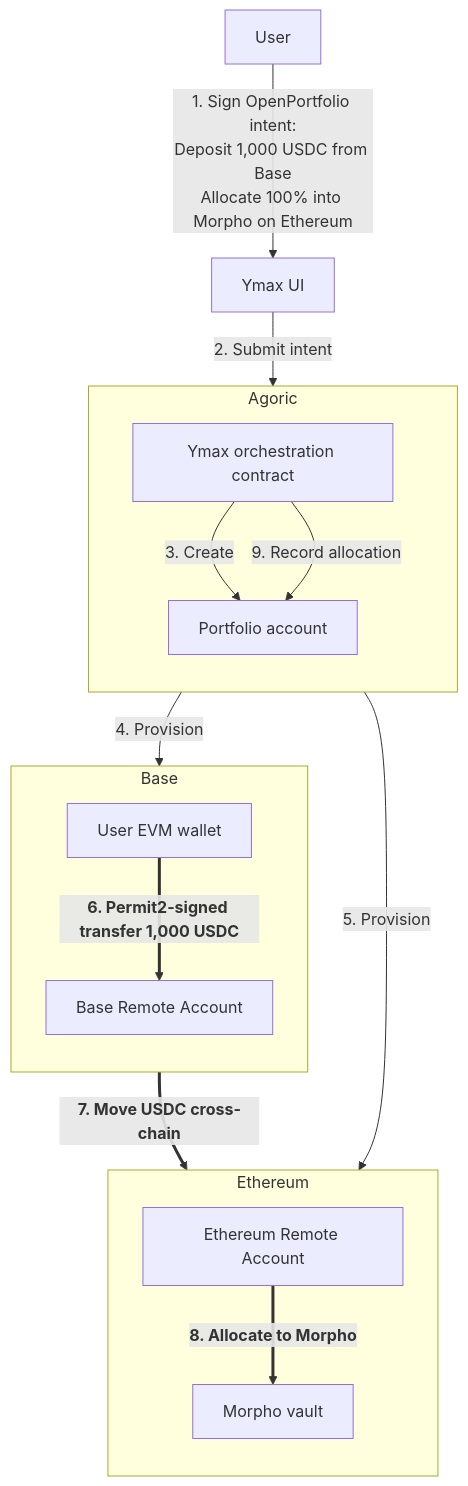
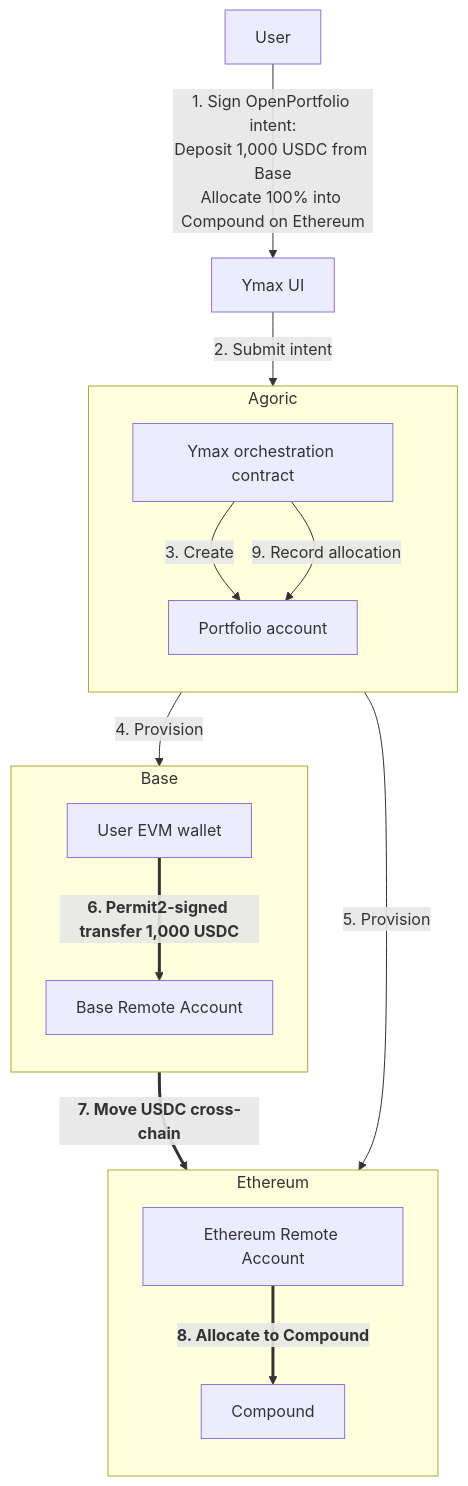
Before and after one commit to agoric-labs/agoric-to-axelar-local: the first of 6 diagrams in agoric-docs/ymax-evm-remote-accounts.md, drawn with Mermaid. The commit also changed other lines of this file, not shown here.

````diff
--- a/agoric-docs/ymax-evm-remote-accounts.md
+++ b/agoric-docs/ymax-evm-remote-accounts.md
@@ -19,35 +19,35 @@
 ```mermaid
 flowchart TB
   User["User"]
   UI["Ymax UI"]
 
   subgraph Agoric["Agoric"]
     direction TB
     Ymax["Ymax orchestration contract"]
     Portfolio["Portfolio account"]
   end
 
   subgraph Base["Base"]
     direction TB
     Wallet["User EVM wallet"]
     BaseRA["Base Remote Account"]
   end
 
   subgraph Ethereum["Ethereum"]
     direction TB
     EthRA["Ethereum Remote Account"]
-    Morpho["Morpho vault"]
+    Compound["Compound"]
   end
 
-  User -->|"1. Sign OpenPortfolio intent:<br/>Deposit 1,000 USDC from Base<br/>Allocate 100% into Morpho on Ethereum"| UI
+  User -->|"1. Sign OpenPortfolio intent:<br/>Deposit 1,000 USDC from Base<br/>Allocate 100% into Compound on Ethereum"| UI
   UI -->|"2. Submit intent"| Ymax
   Ymax -->|"3. Create"| Portfolio
   Ymax -->|"4. Provision"| BaseRA
   Ymax -->|"5. Provision"| EthRA
   Wallet -->|"<b>6. Permit2-signed transfer 1,000 USDC</b>"| BaseRA
   BaseRA -->|"<b>7. Move USDC cross-chain</b>"| EthRA
-  EthRA -->|"<b>8. Allocate to Morpho</b>"| Morpho
+  EthRA -->|"<b>8. Allocate to Compound</b>"| Compound
   Ymax -->|"9. Record allocation"| Portfolio
 
   linkStyle 5,6,7 stroke-width:3px
 ```
````
